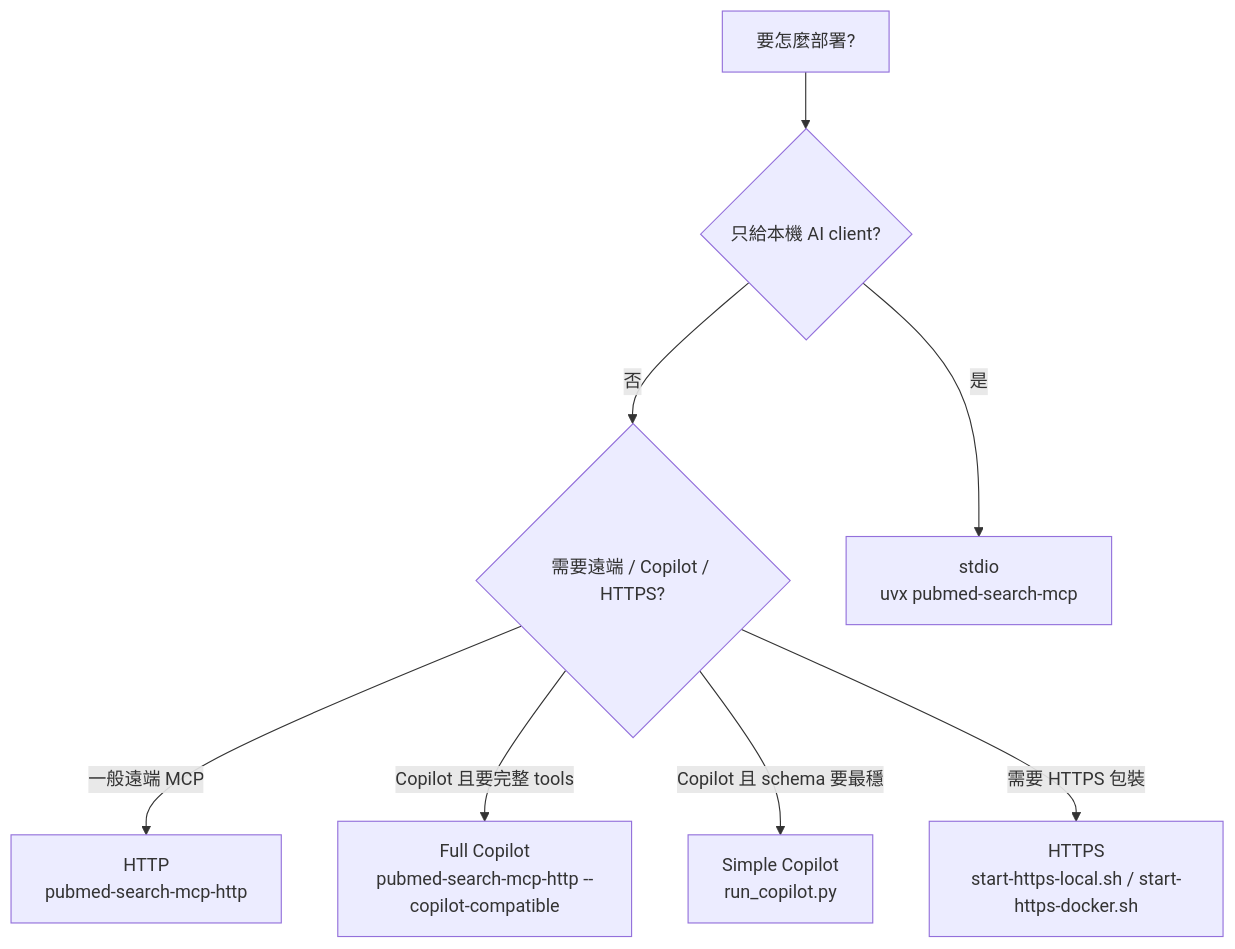
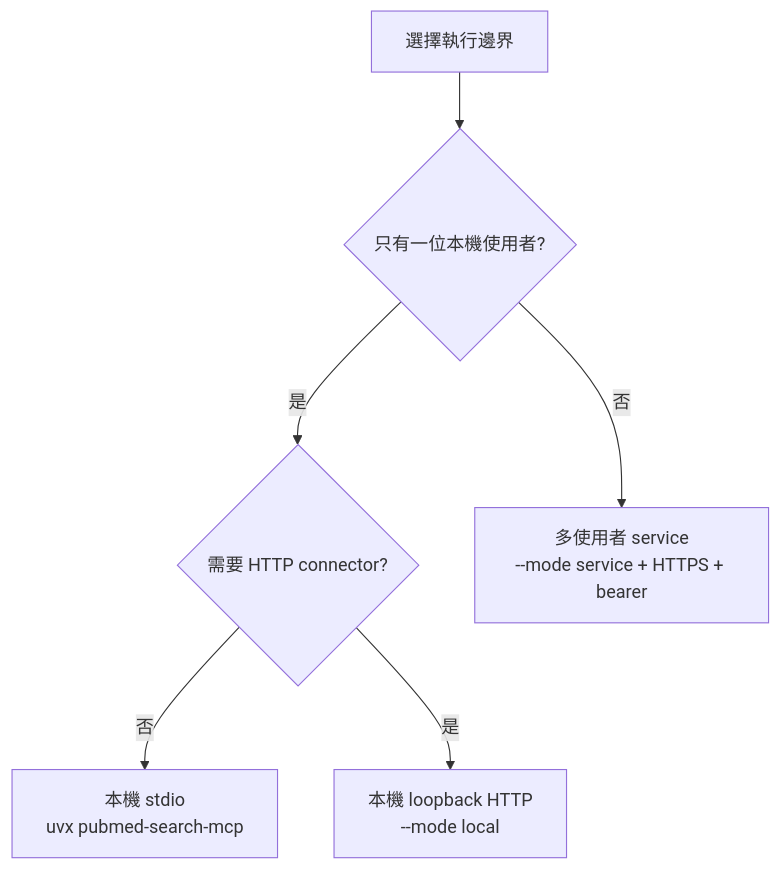
One commit to u9401066/pubmed-search-mcp changed the first of 2 diagrams in DEPLOYMENT.md. Above: the diagram before and after it, drawn with Mermaid. The commit also changed other lines of this file and 27 other files, not shown here.

````diff
--- a/DEPLOYMENT.md
+++ b/DEPLOYMENT.md
@@ -18,19 +18,15 @@
 ```mermaid
 flowchart TD
-  Start[要怎麼部署?]
-  Local{只給本機 AI client?}
-  Remote{需要遠端 / Copilot / HTTPS?}
-  StdIO[stdio\nuvx pubmed-search-mcp]
-  HTTP[HTTP\npubmed-search-mcp-http]
-  Full[Full Copilot\npubmed-search-mcp-http --copilot-compatible]
-  Simple[Simple Copilot\nrun_copilot.py]
-  TLS[HTTPS\nstart-https-local.sh / start-https-docker.sh]
+  Start[選擇執行邊界]
+  One{只有一位本機使用者?}
+  NeedHTTP{需要 HTTP connector?}
+  StdIO[本機 stdio\nuvx pubmed-search-mcp]
+  LocalHTTP[本機 loopback HTTP\n--mode local]
+  Service[多使用者 service\n--mode service + HTTPS + bearer]
 
-  Start --> Local
-  Local -->|是| StdIO
-  Local -->|否| Remote
-  Remote -->|一般遠端 MCP| HTTP
-  Remote -->|Copilot 且要完整 tools| Full
-  Remote -->|Copilot 且 schema 要最穩| Simple
-  Remote -->|需要 HTTPS 包裝| TLS
+  Start --> One
+  One -->|是| NeedHTTP
+  NeedHTTP -->|否| StdIO
+  NeedHTTP -->|是| LocalHTTP
+  One -->|否| Service
 ```
````
